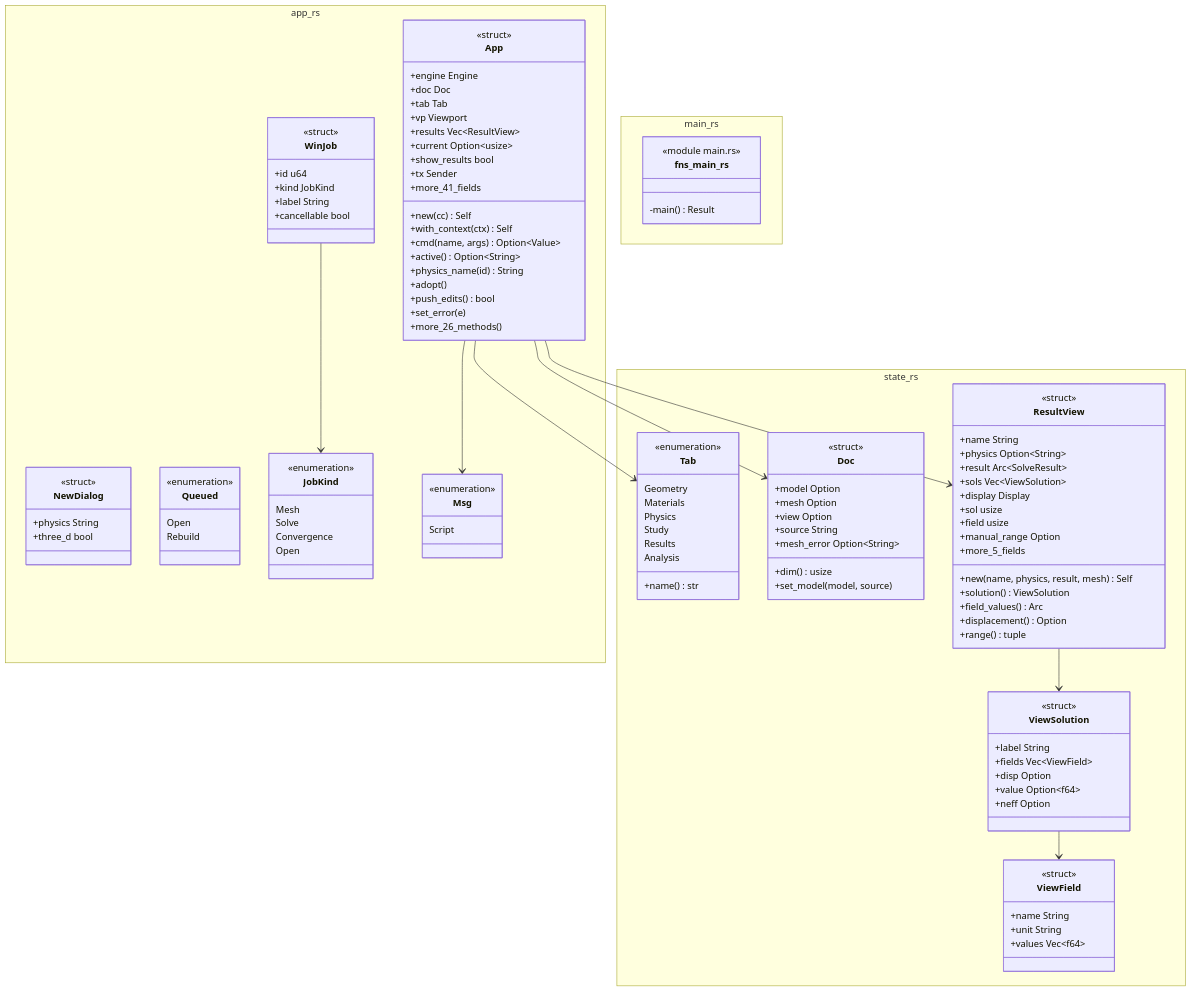
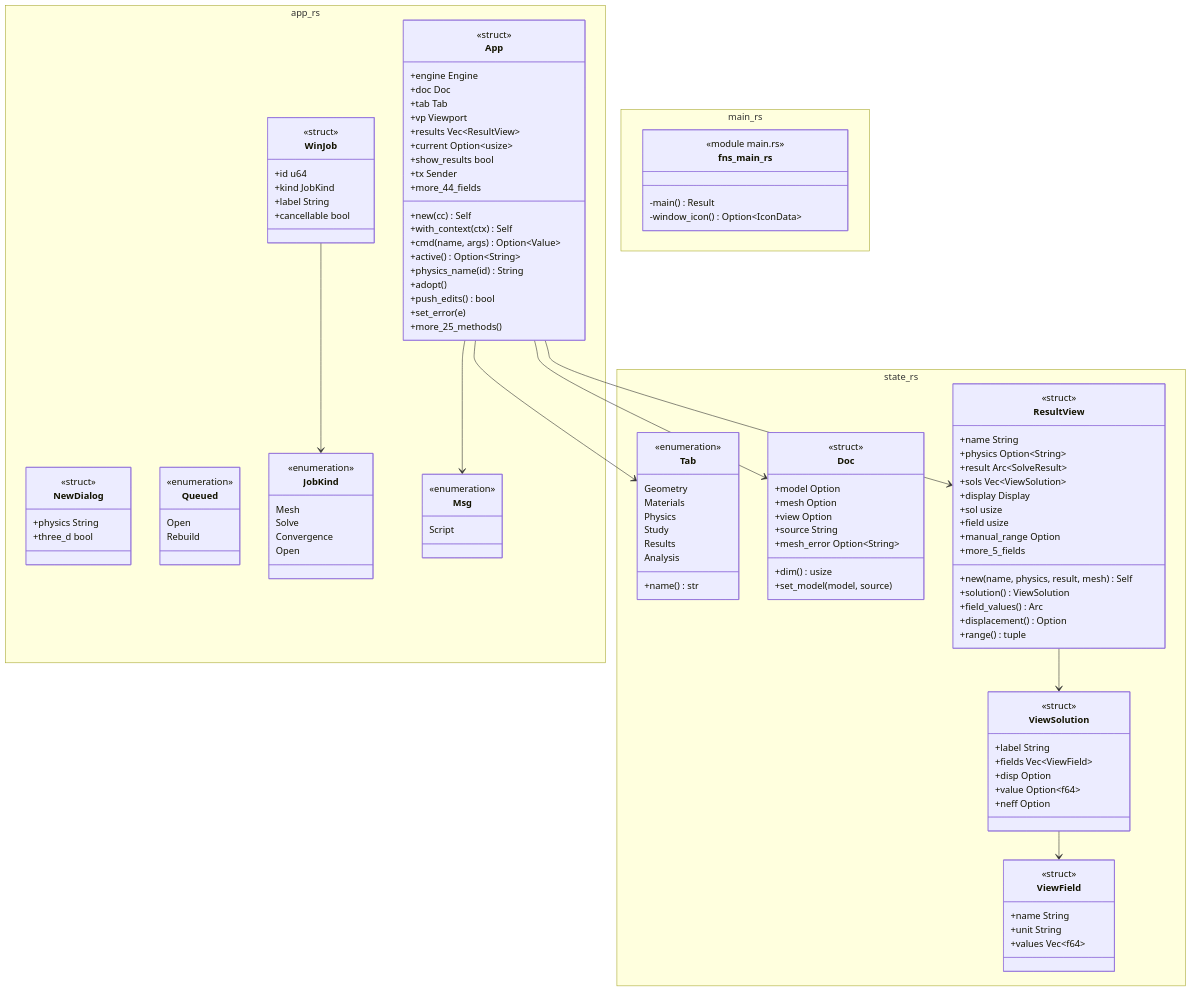
The diagram in docs/architecture/c4/4-code/app/window.md (p-j-r/nyx), drawn with Mermaid before and after one commit. The commit also changed other lines of this file and 39 other files, not shown here.

```diff
--- a/docs/architecture/c4/4-code/app/window.md
+++ b/docs/architecture/c4/4-code/app/window.md
@@ -80,7 +80,7 @@
         +current Option~usize~
         +show_results bool
         +tx Sender
-        +more_41_fields
+        +more_44_fields
         +new(cc) Self
         +with_context(ctx) Self
         +cmd(name, args) Option~Value~
@@ -89,13 +89,14 @@
         +adopt()
         +push_edits() bool
         +set_error(e)
-        +more_26_methods()
+        +more_25_methods()
     }
   }
   namespace main_rs {
     class fns_main_rs {
         <<module main.rs>>
         -main() Result
+        -window_icon() Option~IconData~
     }
   }
   namespace state_rs {
```
